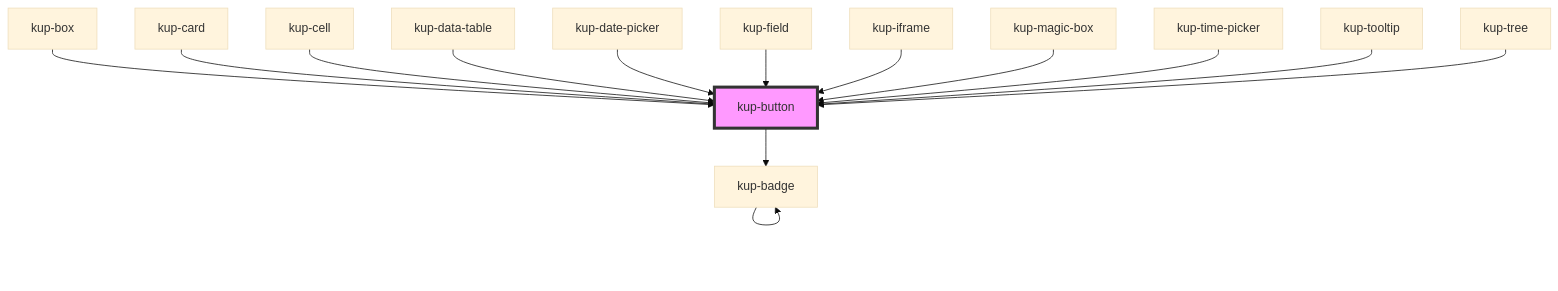
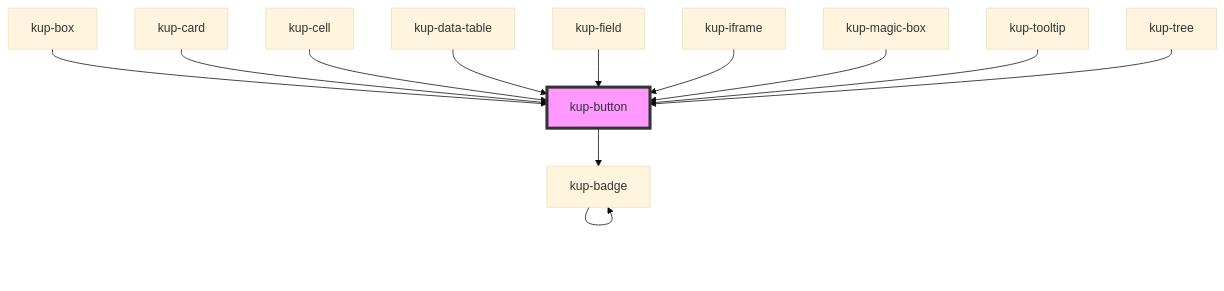
The diagram in packages/ketchup/src/components/kup-button/readme.md (smeup/ketchup), drawn with Mermaid (base theme) before and after one commit. The commit also changed other lines of this file and 16 other files, not shown here.

````diff
--- a/packages/ketchup/src/components/kup-button/readme.md
+++ b/packages/ketchup/src/components/kup-button/readme.md
@@ -104,17 +102,15 @@
 ```mermaid
 graph TD;
   kup-button --> kup-badge
   kup-badge --> kup-badge
   kup-box --> kup-button
   kup-card --> kup-button
   kup-cell --> kup-button
   kup-data-table --> kup-button
-  kup-date-picker --> kup-button
   kup-field --> kup-button
   kup-iframe --> kup-button
   kup-magic-box --> kup-button
-  kup-time-picker --> kup-button
   kup-tooltip --> kup-button
   kup-tree --> kup-button
   style kup-button fill:#f9f,stroke:#333,stroke-width:4px
 ```
````
